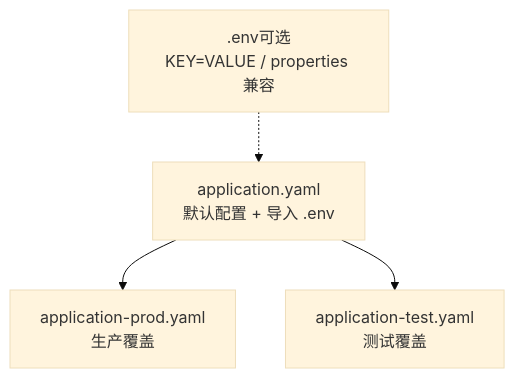
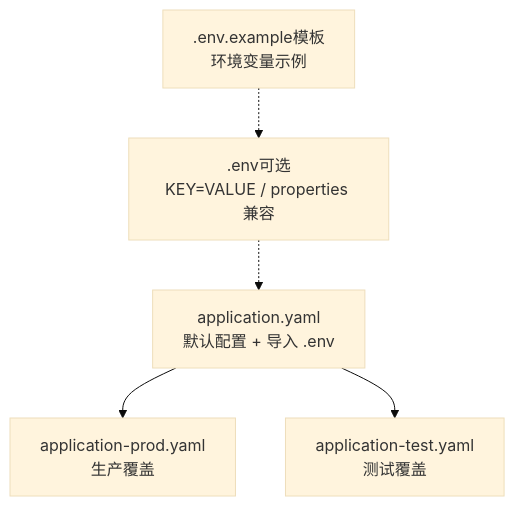
The first of 4 diagrams in .qoder/repowiki/zh/content/配置管理/环境配置管理.md (sunnaoxixi/spring-ddd-template), drawn with Mermaid (base theme) before and after one commit. The commit also changed other lines of this file and 91 other files, not shown here.

````diff
--- a/.qoder/repowiki/zh/content/配置管理/环境配置管理.md
+++ b/.qoder/repowiki/zh/content/配置管理/环境配置管理.md
@@ -36,6 +43,7 @@
 ```mermaid
 graph TB
 A["application.yaml<br/>默认配置 + 导入 .env"] --> B["application-prod.yaml<br/>生产覆盖"]
 A --> C["application-test.yaml<br/>测试覆盖"]
 D[".env可选<br/>KEY=VALUE / properties 兼容"] -.-> A
+E[".env.example模板<br/>环境变量示例"] -.-> D
 ```
````
